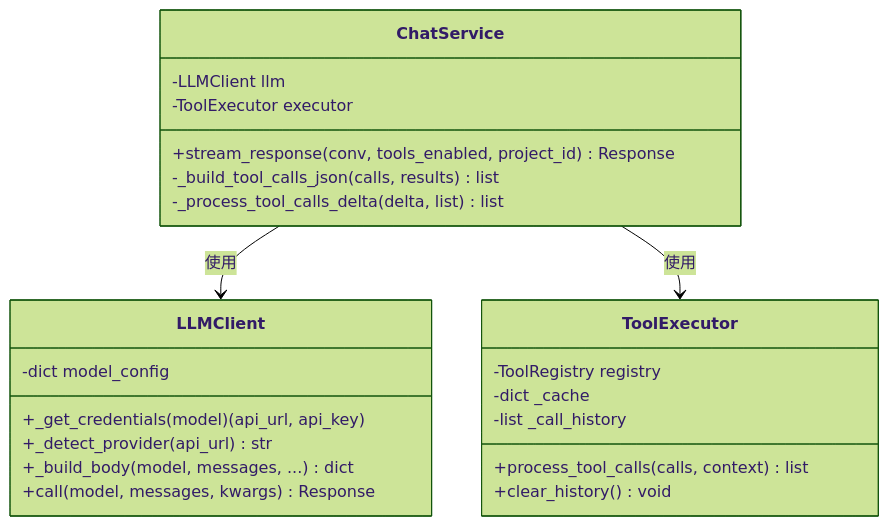
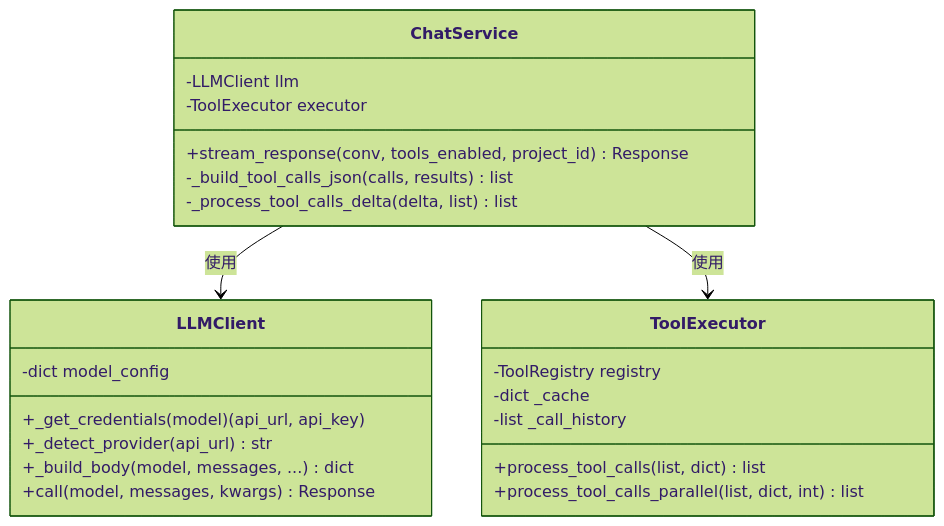
One commit to ViperEkura/nanoClaw changed the third of 6 diagrams in docs/Design.md. Above: the diagram before and after it, drawn with Mermaid (forest theme). The commit also changed other lines of this file and 7 other files, not shown here.

````diff
--- a/docs/Design.md
+++ b/docs/Design.md
@@ -245,31 +245,31 @@
 ```mermaid
 classDiagram
     direction TB
 
     class ChatService {
         -LLMClient llm
         -ToolExecutor executor
         +stream_response(conv, tools_enabled, project_id) Response
         -_build_tool_calls_json(calls, results) list
         -_process_tool_calls_delta(delta, list) list
     }
 
     class LLMClient {
         -dict model_config
         +_get_credentials(model) (api_url, api_key)
         +_detect_provider(api_url) str
         +_build_body(model, messages, ...) dict
         +call(model, messages, kwargs) Response
     }
 
     class ToolExecutor {
         -ToolRegistry registry
         -dict _cache
         -list _call_history
-        +process_tool_calls(calls, context) list
-        +clear_history() void
+        +process_tool_calls(list, dict) list
+        +process_tool_calls_parallel(list, dict, int) list
     }
 
     ChatService --> LLMClient : 使用
     ChatService --> ToolExecutor : 使用
 ```
````
